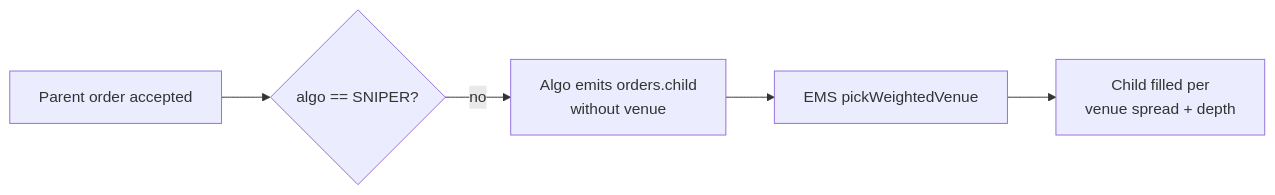
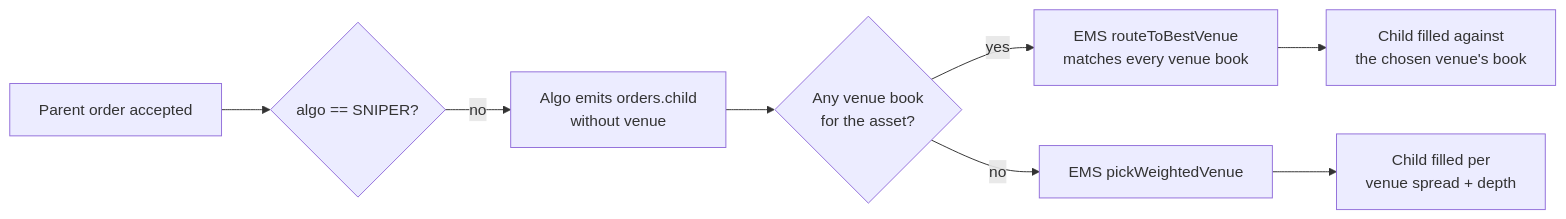
One commit to milesburton/veta-trading-platform changed the diagram in docs/site/src/content/docs/platform/smart-order-router.mdx. Above: the diagram before and after it, drawn with Mermaid. The commit also changed other lines of this file and 5 other files, not shown here.

First line of the commit message:
feat(ems): route each child to the venue whose book fills it best (#748)

````diff
--- a/docs/site/src/content/docs/platform/smart-order-router.mdx
+++ b/docs/site/src/content/docs/platform/smart-order-router.mdx
@@ -32,7 +38,10 @@
 ```mermaid
 flowchart LR
   A[Parent order accepted] --> B{algo == SNIPER?}
   B -- no --> C[Algo emits orders.child<br/>without venue]
-  C --> D[EMS pickWeightedVenue]
-  D --> E[Child filled per<br/>venue spread + depth]
+  C --> D{Any venue book<br/>for the asset?}
+  D -- yes --> E[EMS routeToBestVenue<br/>matches every venue book]
+  D -- no --> F[EMS pickWeightedVenue]
+  E --> G[Child filled against<br/>the chosen venue's book]
+  F --> H[Child filled per<br/>venue spread + depth]
 ```
````
